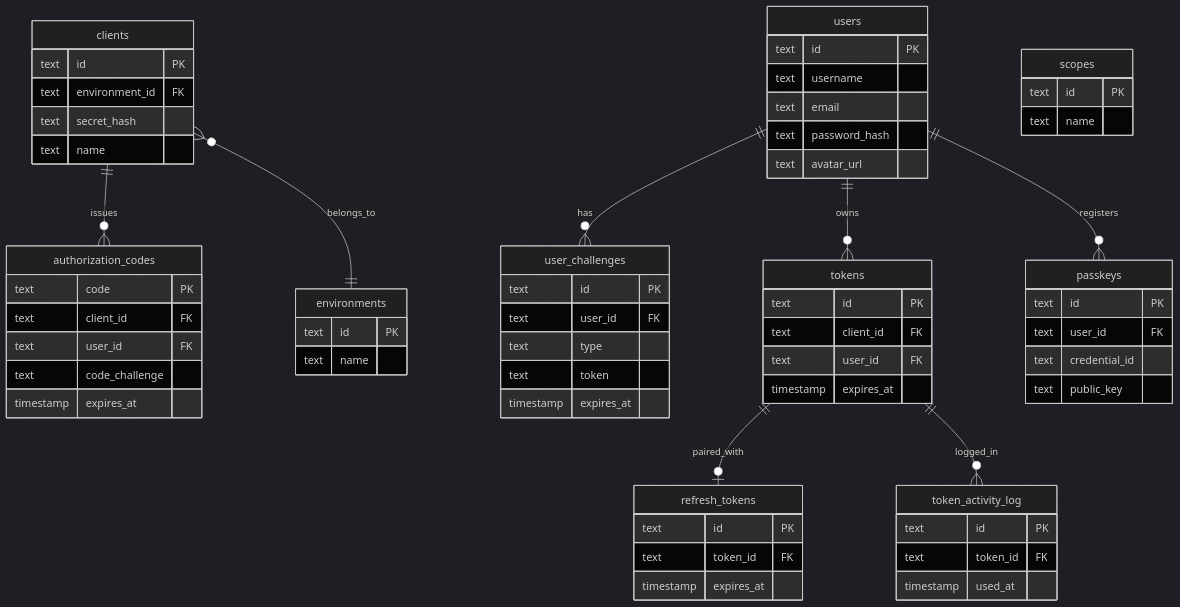
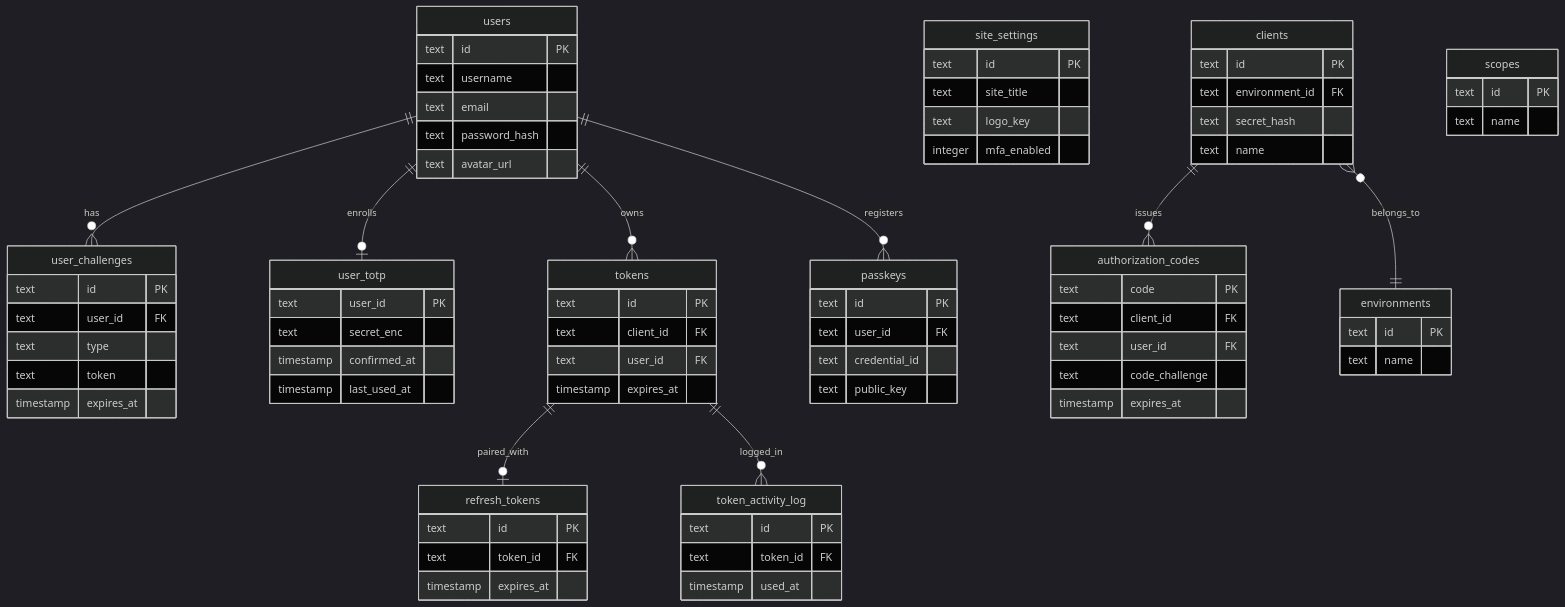
One commit to eetr-ai/eetr-auth changed the second of 8 diagrams in docs/ARCHITECTURE.md. Above: the diagram before and after it, drawn with Mermaid (dark theme). The commit also changed other lines of this file and 3 other files, not shown here.

Commit message:
docs: Enhanced architecture, deployment and features to showcase the latest state

````diff
--- a/docs/ARCHITECTURE.md
+++ b/docs/ARCHITECTURE.md
@@ -125,68 +125,81 @@
 ```mermaid
 erDiagram
     users {
         text id PK
         text username
         text email
         text password_hash
         text avatar_url
     }
     user_challenges {
         text id PK
         text user_id FK
         text type
         text token
         timestamp expires_at
+    }
+    user_totp {
+        text user_id PK
+        text secret_enc
+        timestamp confirmed_at
+        timestamp last_used_at
+    }
+    site_settings {
+        text id PK
+        text site_title
+        text logo_key
+        integer mfa_enabled
     }
     environments {
         text id PK
         text name
     }
     clients {
         text id PK
         text environment_id FK
         text secret_hash
         text name
     }
     scopes {
         text id PK
         text name
     }
     authorization_codes {
         text code PK
         text client_id FK
         text user_id FK
         text code_challenge
         timestamp expires_at
     }
     tokens {
         text id PK
         text client_id FK
         text user_id FK
         timestamp expires_at
     }
     refresh_tokens {
         text id PK
         text token_id FK
         timestamp expires_at
     }
     passkeys {
         text id PK
         text user_id FK
         text credential_id
         text public_key
     }
     token_activity_log {
         text id PK
         text token_id FK
         timestamp used_at
     }
 
     users ||--o{ user_challenges : has
+    users ||--o| user_totp : enrolls
     users ||--o{ tokens : owns
     users ||--o{ passkeys : registers
     clients ||--o{ authorization_codes : issues
     clients }o--|| environments : belongs_to
     tokens ||--o| refresh_tokens : paired_with
     tokens ||--o{ token_activity_log : logged_in
 ```
````
